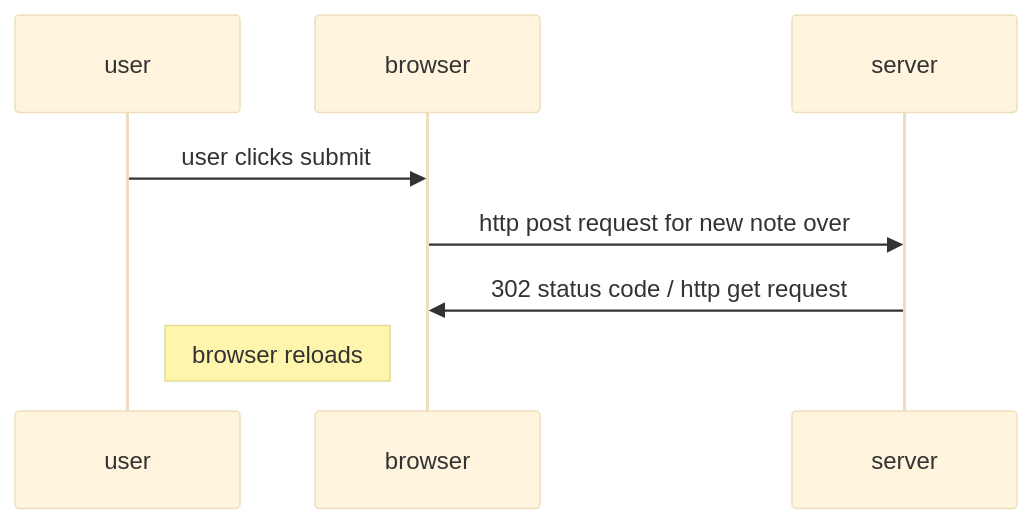
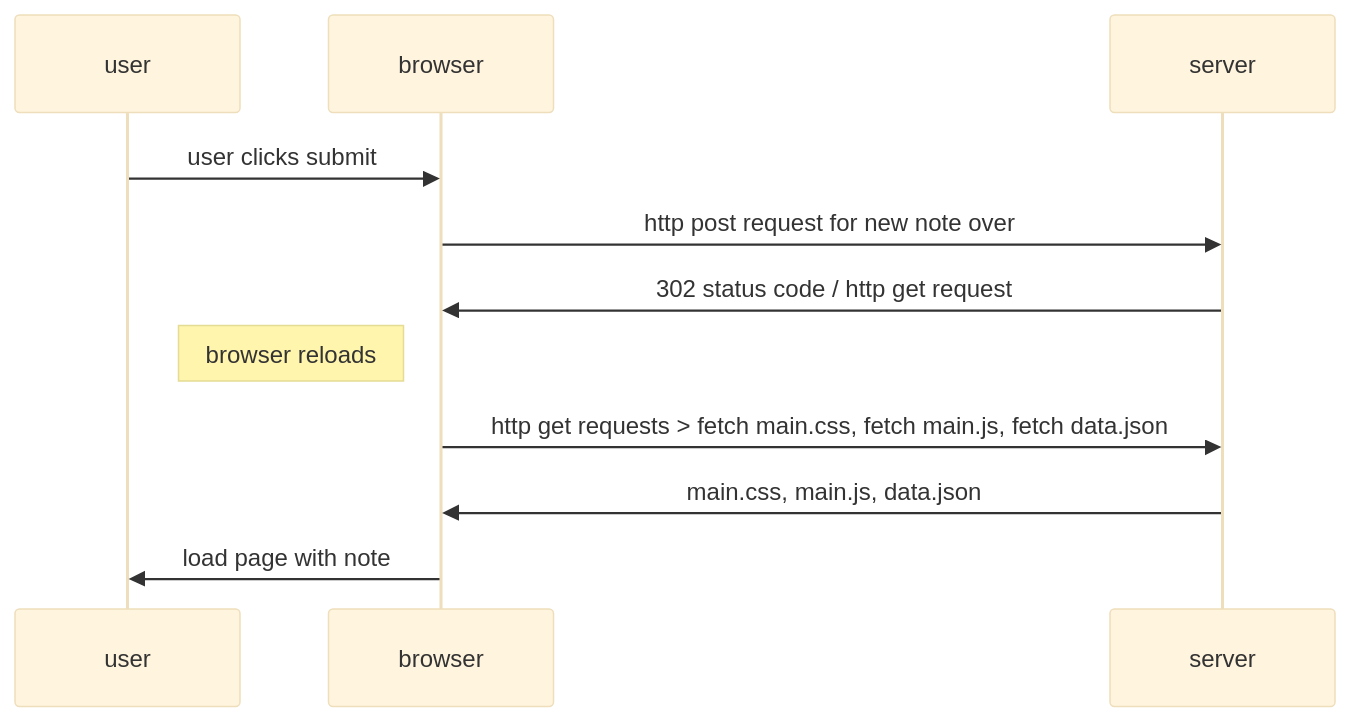
Before and after one commit to relleka/full-stack-open-2022-001: the diagram in README.md, drawn with Mermaid (base theme).

````diff
--- a/README.md
+++ b/README.md
@@ -1,7 +1,10 @@
 ```mermaid
 sequenceDiagram
 user->>browser: user clicks submit
 browser->>server: http post request for new note over
 server->>browser: 302 status code / http get request
 note left of browser: browser reloads
+browser->>server: http get requests > fetch main.css, fetch main.js, fetch data.json
+server->>browser: main.css, main.js, data.json
+browser->>user: load page with note
 ```
````
